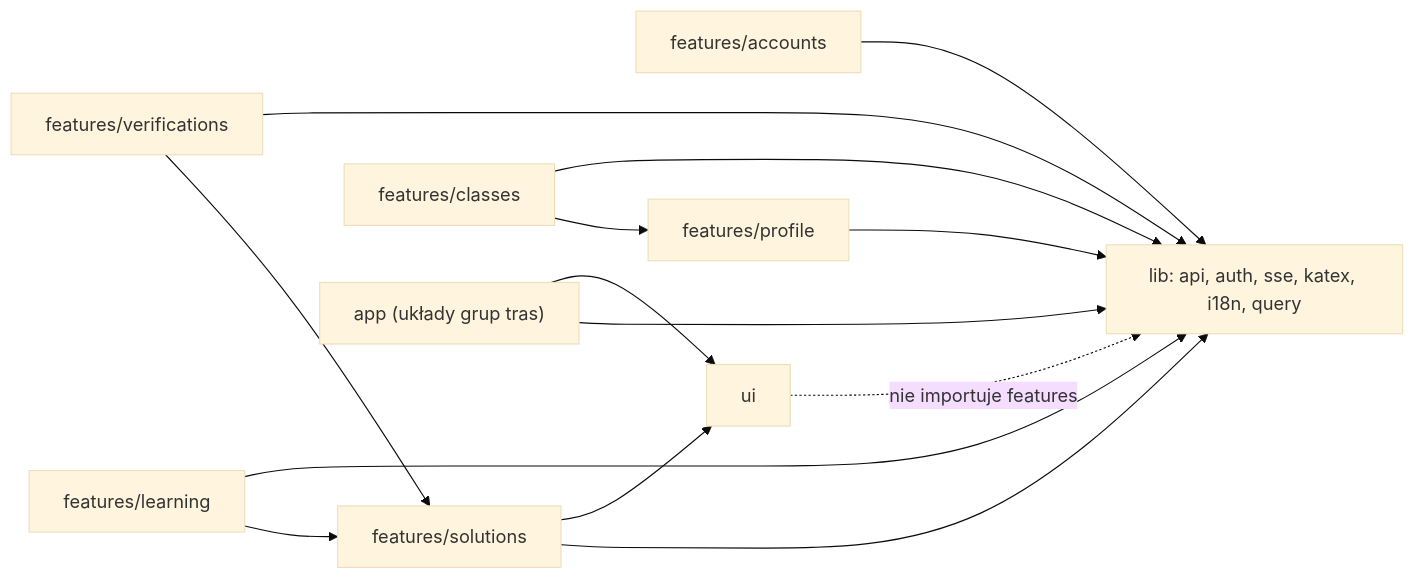
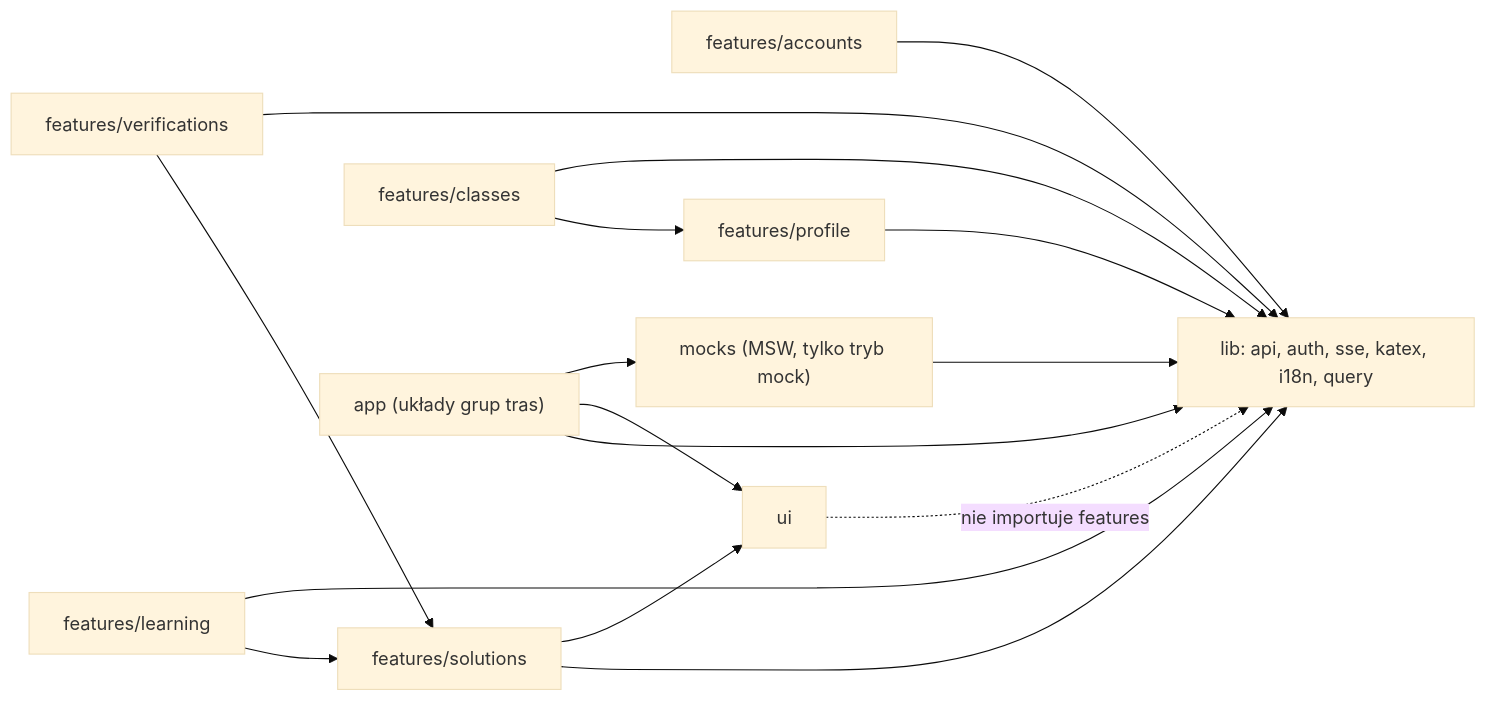
Before and after one commit to misterekkk/lemat: the fourth of 4 diagrams in docs/CODEBASE_MAP.md, drawn with Mermaid (base theme). The commit also changed other lines of this file and 29 other files, not shown here.

First line of the commit message:
feat(TASK-132): contract-based stateful MSW mocks with timed transitions + updated codebase map & handoff

````diff
--- a/docs/CODEBASE_MAP.md
+++ b/docs/CODEBASE_MAP.md
@@ -271,25 +271,28 @@
 ```mermaid
 flowchart LR
     ACC["features/accounts"]
     LRN["features/learning"]
     SOL["features/solutions"]
     PRF["features/profile"]
     CLS["features/classes"]
     VER["features/verifications"]
     LIB["lib: api, auth, sse, katex, i18n, query"]
+    MCK["mocks (MSW, tylko tryb mock)"]
     UI["ui"]
     APP["app (układy grup tras)"]
     APP --> LIB
     APP --> UI
+    APP --> MCK
+    MCK --> LIB
     LRN --> SOL
     CLS --> PRF
     VER --> SOL
     ACC --> LIB
     LRN --> LIB
     SOL --> LIB
     PRF --> LIB
     CLS --> LIB
     VER --> LIB
     SOL --> UI
     UI -. "nie importuje features" .-> LIB
 ```
````
